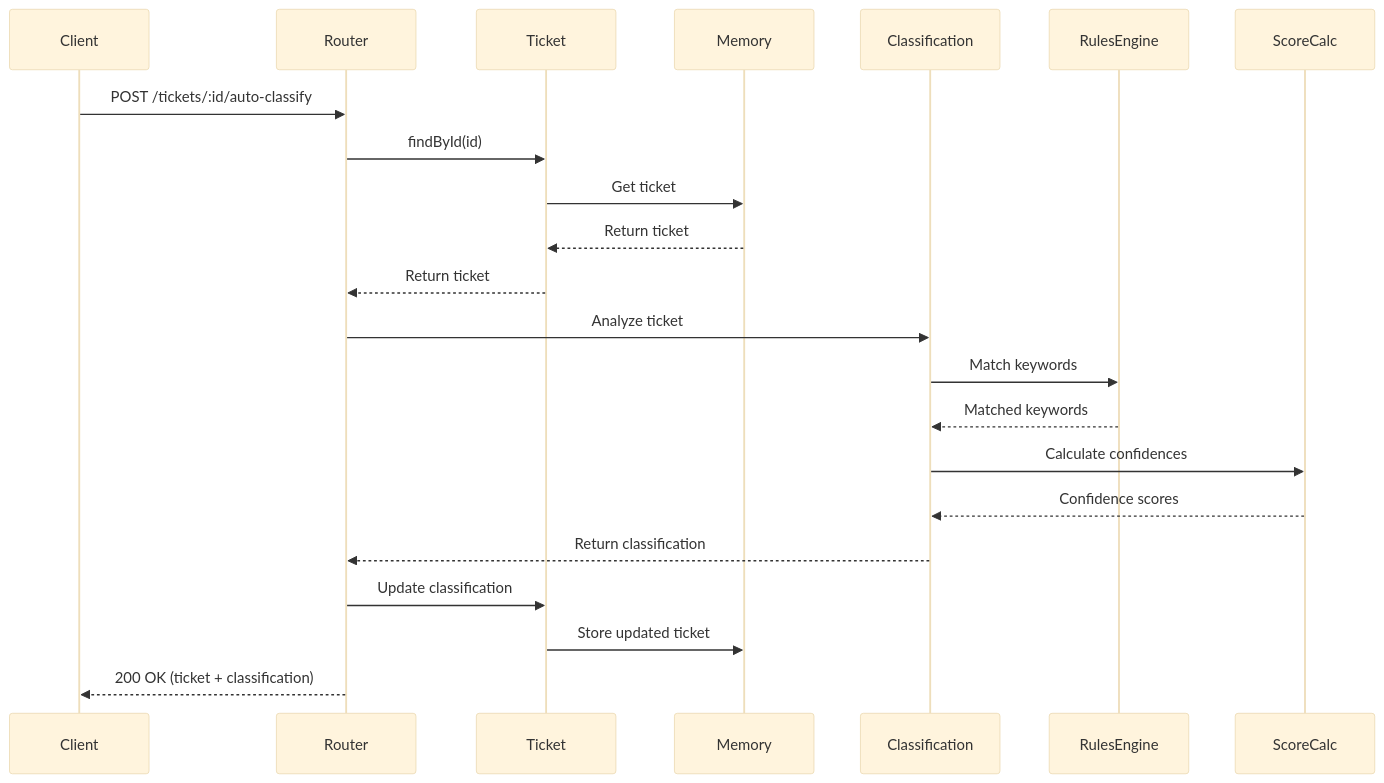
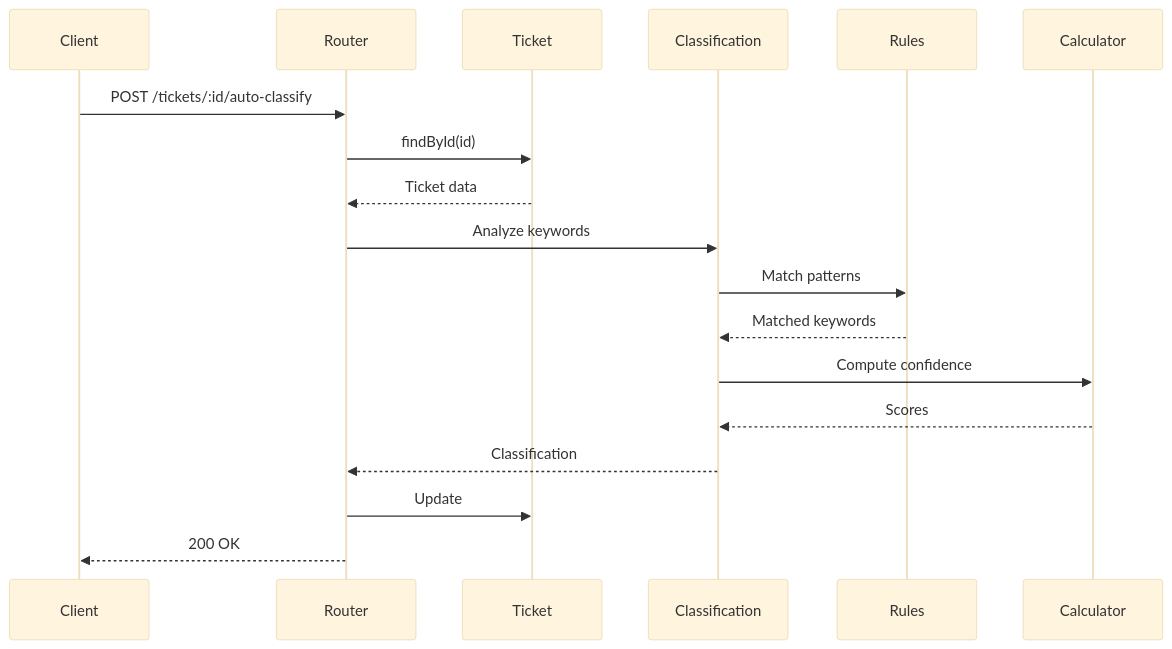
The fourth of 4 diagrams in homework-2/docs/ARCHITECTURE.md (oreland97/AI-Coding-Partner-Homework), drawn with Mermaid (base theme) before and after one commit. The commit also changed other lines of this file and 4 other files, not shown here.

````diff
--- a/homework-2/docs/ARCHITECTURE.md
+++ b/homework-2/docs/ARCHITECTURE.md
@@ -357,17 +187,14 @@
 ```mermaid
 sequenceDiagram
     Client->>Router: POST /tickets/:id/auto-classify
     Router->>Ticket: findById(id)
-    Ticket->>Memory: Get ticket
-    Memory-->>Ticket: Return ticket
-    Ticket-->>Router: Return ticket
-    Router->>Classification: Analyze ticket
-    Classification->>RulesEngine: Match keywords
-    RulesEngine-->>Classification: Matched keywords
-    Classification->>ScoreCalc: Calculate confidences
-    ScoreCalc-->>Classification: Confidence scores
-    Classification-->>Router: Return classification
-    Router->>Ticket: Update classification
-    Ticket->>Memory: Store updated ticket
-    Router-->>Client: 200 OK (ticket + classification)
+    Ticket-->>Router: Ticket data
+    Router->>Classification: Analyze keywords
+    Classification->>Rules: Match patterns
+    Rules-->>Classification: Matched keywords
+    Classification->>Calculator: Compute confidence
+    Calculator-->>Classification: Scores
+    Classification-->>Router: Classification
+    Router->>Ticket: Update
+    Router-->>Client: 200 OK
 ```
````
